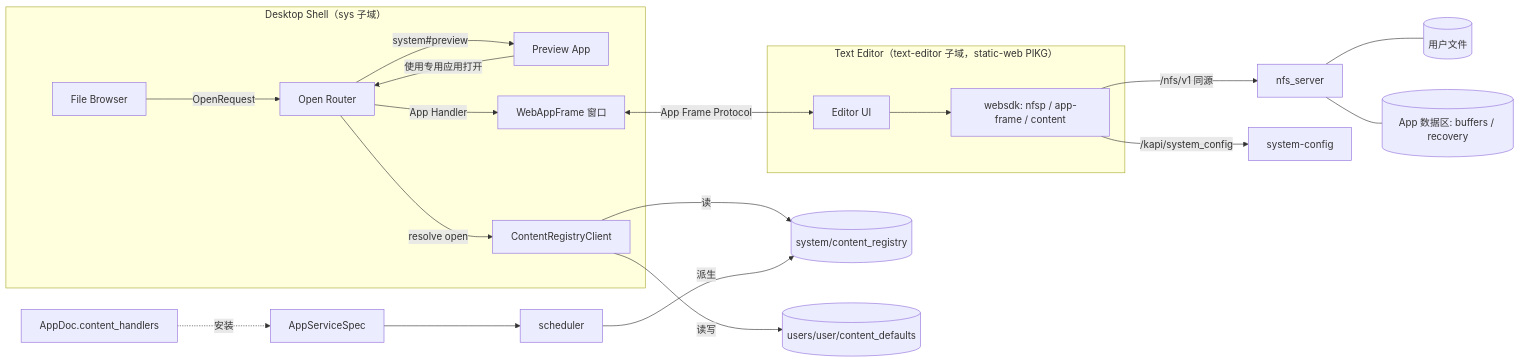
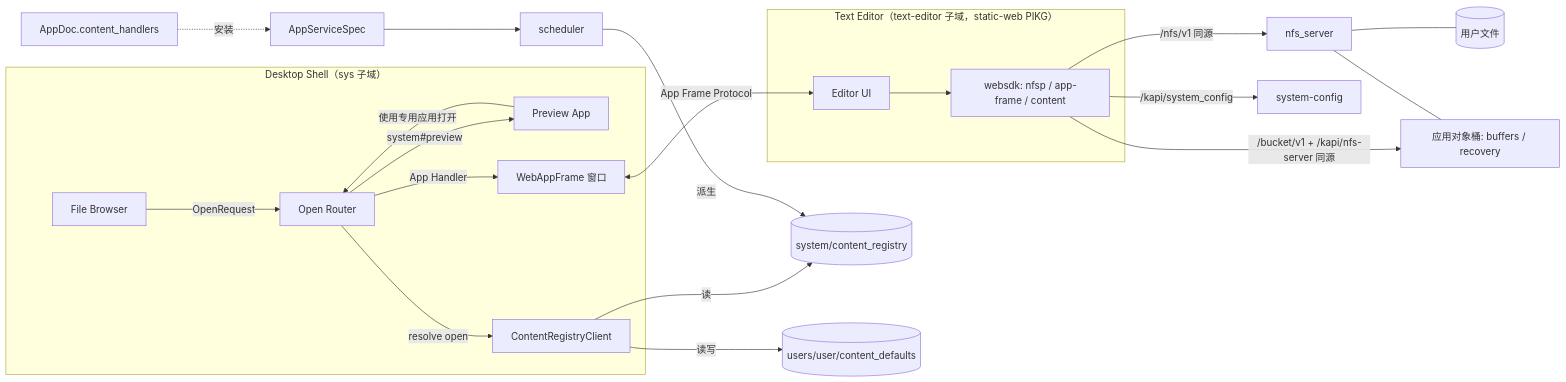
One commit to buckyos/buckyos changed the first of 3 diagrams in src/apps/text_editor/readme.md. Above: the diagram before and after it, drawn with Mermaid. The commit also changed other lines of this file and 323 other files, not shown here.

Commit message:
migration app and service to bucket store

````diff
--- a/src/apps/text_editor/readme.md
+++ b/src/apps/text_editor/readme.md
@@ -105,22 +105,23 @@
 ```mermaid
 flowchart LR
   subgraph Shell["Desktop Shell（sys 子域）"]
     FB[File Browser] -->|OpenRequest| OR[Open Router]
     PV[Preview App] -->|使用专用应用打开| OR
     OR -->|resolve open| CRC[ContentRegistryClient]
     OR -->|system#preview| PV
     OR -->|App Handler| WF[WebAppFrame 窗口]
   end
   WF <-->|App Frame Protocol| TE
   subgraph Editor["Text Editor（text-editor 子域，static-web PIKG）"]
     TE[Editor UI] --> SDK[websdk: nfsp / app-frame / content]
   end
   SDK -->|/nfs/v1 同源| NFS[nfs_server]
   NFS --- UF[(用户文件)]
-  NFS --- AD2[(App 数据区: buffers / recovery)]
+  SDK -->|/bucket/v1 + /kapi/nfs-server 同源| BK[应用对象桶: buffers / recovery]
+  NFS --- BK
   SDK -->|/kapi/system_config| SC[system-config]
   CRC -->|读| REG[(system/content_registry)]
   CRC -->|读写| DEF[(users/user/content_defaults)]
   AD[AppDoc.content_handlers] -.安装.-> SPEC[AppServiceSpec]
   SPEC --> SCH[scheduler] -->|派生| REG
 ```
````
